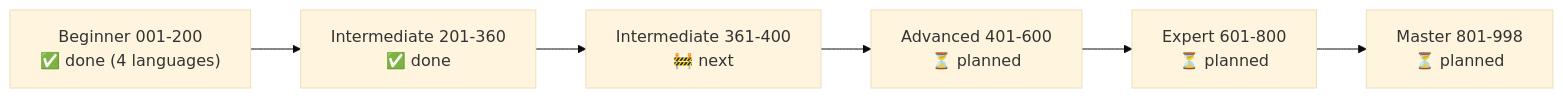
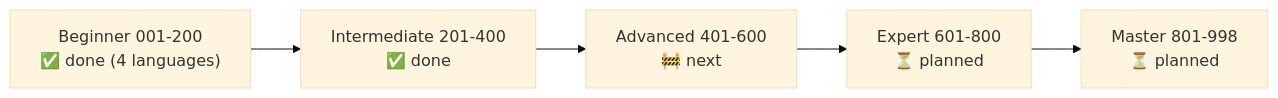
One commit to metodiev/Cracking-Coding changed the sixth of 6 diagrams in tutorials/README.md. Above: the diagram before and after it, drawn with Mermaid (base theme). The commit also changed other lines of this file and 202 other files, not shown here.

````diff
--- a/tutorials/README.md
+++ b/tutorials/README.md
@@ -157,8 +157,7 @@
 ```mermaid
 flowchart LR
-    B1["Beginner 001-200<br/>✅ done (4 languages)"] --> I1["Intermediate 201-360<br/>✅ done"]
-    I1 --> I2["Intermediate 361-400<br/>🚧 next"]
-    I2 --> A["Advanced 401-600<br/>⏳ planned"]
+    B1["Beginner 001-200<br/>✅ done (4 languages)"] --> I1["Intermediate 201-400<br/>✅ done"]
+    I1 --> A["Advanced 401-600<br/>🚧 next"]
     A --> E["Expert 601-800<br/>⏳ planned"]
     E --> M["Master 801-998<br/>⏳ planned"]
 ```
````
